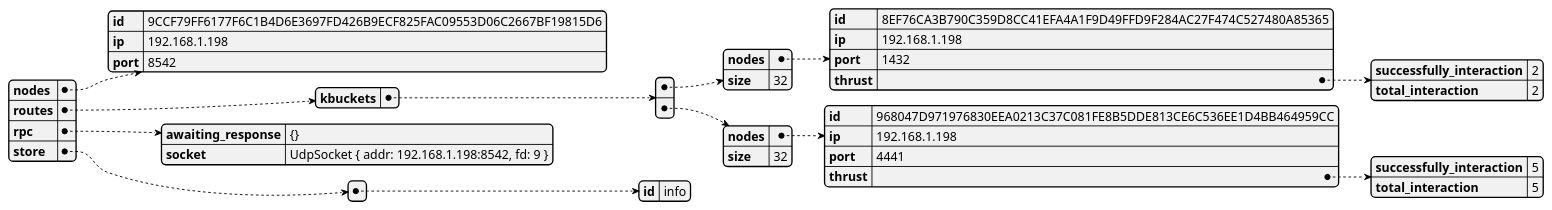
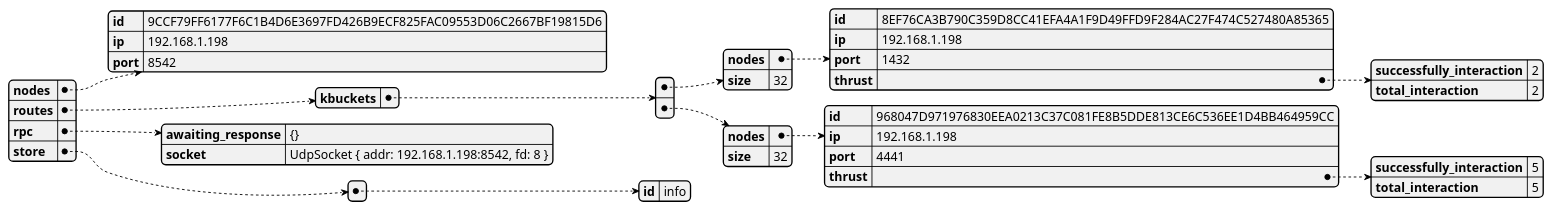
One commit to GoliathHagar/distributed_legder_kademlia changed the diagram in src/distributed_legder/state_dumps/test-network-2.json.plantuml. Above: the diagram before and after it, drawn with PlantUML. The commit also changed 10 other files, not shown here.

```diff
--- a/src/distributed_legder/state_dumps/test-network-2.json.plantuml
+++ b/src/distributed_legder/state_dumps/test-network-2.json.plantuml
@@ -1,3 +1,3 @@
 @startjson
-{"nodes":{"id":"9CCF79FF6177F6C1B4D6E3697FD426B9ECF825FAC09553D06C2667BF19815D6","ip":"192.168.1.198","port":8542},"routes":{"kbuckets":[{"nodes":{"id":"8EF76CA3B790C359D8CC41EFA4A1F9D49FFD9F284AC27F474C527480A85365","ip":"192.168.1.198","port":1432,"thrust":{"successfully_interaction":2,"total_interaction":2}},"size":32},{"nodes":{"id":"968047D971976830EEA0213C37C081FE8B5DDE813CE6C536EE1D4BB464959CC","ip":"192.168.1.198","port":4441,"thrust":{"successfully_interaction":5,"total_interaction":5}},"size":32}]},"rpc":{"awaiting_response":"{}","socket":"UdpSocket { addr: 192.168.1.198:8542, fd: 9 }"},"store":[{"id":"info"}]}
+{"nodes":{"id":"9CCF79FF6177F6C1B4D6E3697FD426B9ECF825FAC09553D06C2667BF19815D6","ip":"192.168.1.198","port":8542},"routes":{"kbuckets":[{"nodes":{"id":"8EF76CA3B790C359D8CC41EFA4A1F9D49FFD9F284AC27F474C527480A85365","ip":"192.168.1.198","port":1432,"thrust":{"successfully_interaction":2,"total_interaction":2}},"size":32},{"nodes":{"id":"968047D971976830EEA0213C37C081FE8B5DDE813CE6C536EE1D4BB464959CC","ip":"192.168.1.198","port":4441,"thrust":{"successfully_interaction":5,"total_interaction":5}},"size":32}]},"rpc":{"awaiting_response":"{}","socket":"UdpSocket { addr: 192.168.1.198:8542, fd: 8 }"},"store":[{"id":"info"}]}
 @endjson
```
